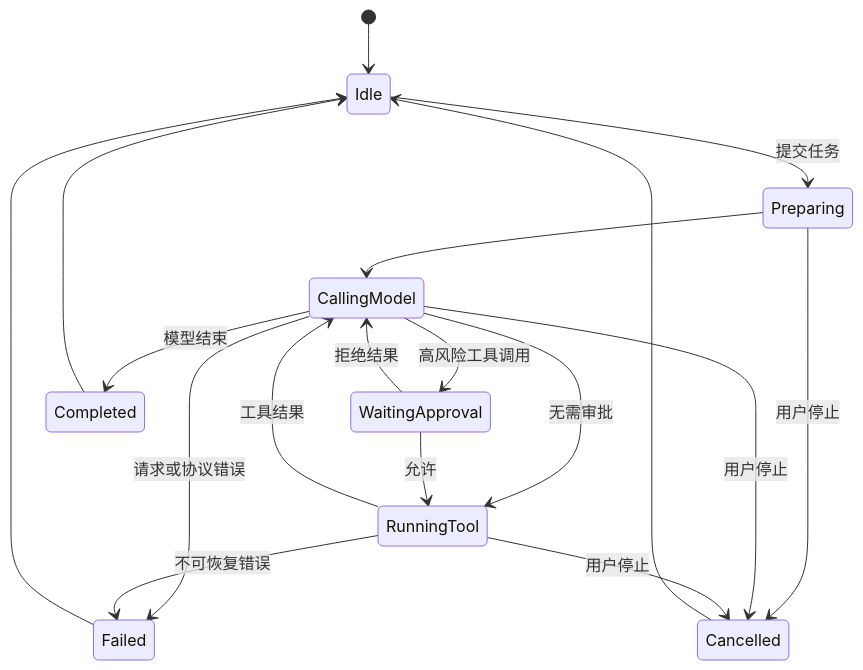
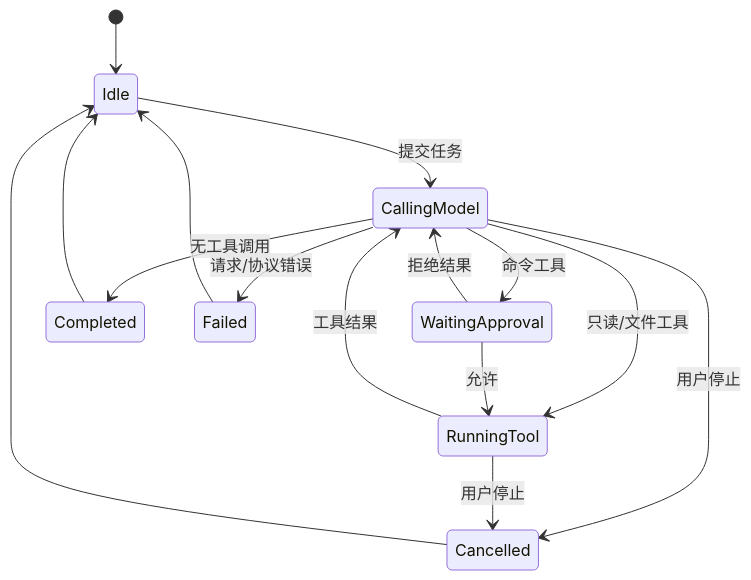
One commit to jycschool/localforge-agent changed the second of 2 diagrams in docs/03-system-design.md. Above: the diagram before and after it, drawn with Mermaid. The commit also changed other lines of this file and 15 other files, not shown here.

````diff
--- a/docs/03-system-design.md
+++ b/docs/03-system-design.md
@@ -65,20 +67,17 @@
 ```mermaid
 stateDiagram-v2
     [*] --> Idle
-    Idle --> Preparing: 提交任务
-    Preparing --> CallingModel
-    CallingModel --> WaitingApproval: 高风险工具调用
-    CallingModel --> RunningTool: 无需审批
+    Idle --> CallingModel: 提交任务
+    CallingModel --> RunningTool: 只读/文件工具
+    CallingModel --> WaitingApproval: 命令工具
     WaitingApproval --> RunningTool: 允许
     WaitingApproval --> CallingModel: 拒绝结果
     RunningTool --> CallingModel: 工具结果
-    CallingModel --> Completed: 模型结束
-    CallingModel --> Failed: 请求或协议错误
-    RunningTool --> Failed: 不可恢复错误
-    Preparing --> Cancelled: 用户停止
+    CallingModel --> Completed: 无工具调用
+    CallingModel --> Failed: 请求/协议错误
     CallingModel --> Cancelled: 用户停止
     RunningTool --> Cancelled: 用户停止
     Completed --> Idle
     Failed --> Idle
     Cancelled --> Idle
 ```
````
